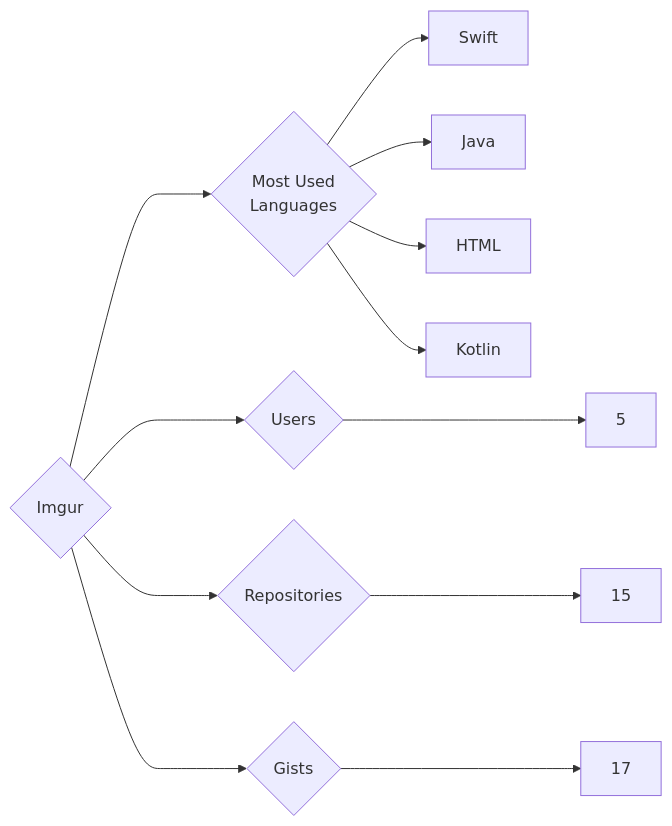
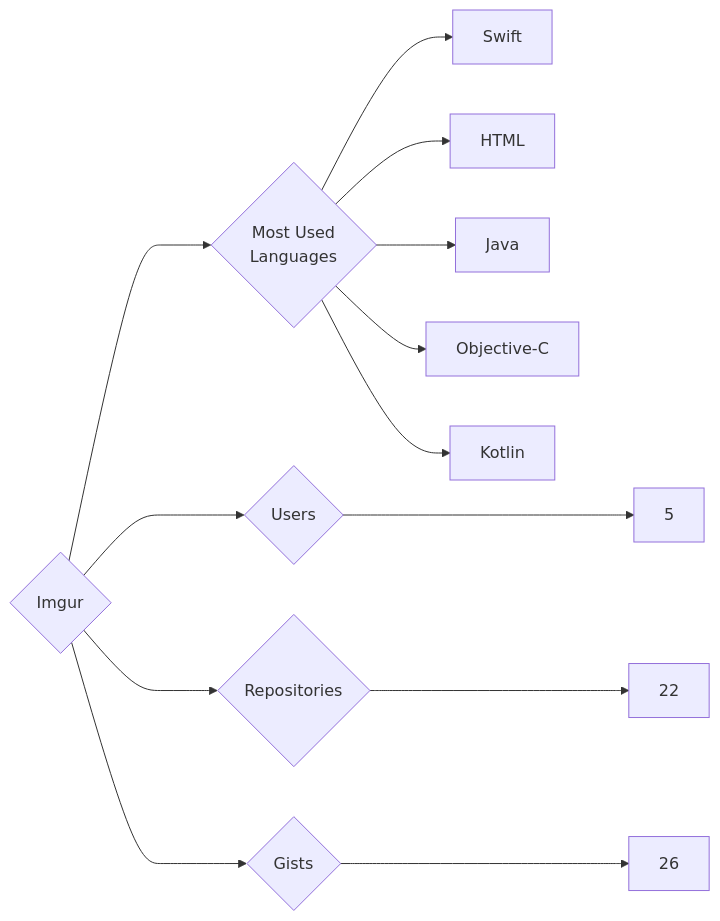
One commit to trickest/insiders changed the diagram in targets/Imgur/README.md. Above: the diagram before and after it, drawn with Mermaid. The commit also changed 916 other files, not shown here.

````diff
--- a/targets/Imgur/README.md
+++ b/targets/Imgur/README.md
@@ -3,12 +3,13 @@
 ```mermaid
 graph LR
 COMPANY_NAME{Imgur}
 COMPANY_NAME ---> U{Users} ---> UN[5]
-COMPANY_NAME ---> R{Repositories} ---> RN[15]
-COMPANY_NAME ---> G{Gists} ---> GN[17]
+COMPANY_NAME ---> R{Repositories} ---> RN[22]
+COMPANY_NAME ---> G{Gists} ---> GN[26]
 COMPANY_NAME ---> ML{Most Used<br>Languages}
 ML --> Swift[Swift]
+ML --> HTML[HTML]
 ML --> Java[Java]
-ML --> HTML[HTML]
+ML --> Objective-C[Objective-C]
 ML --> Kotlin[Kotlin]
 ```
````
